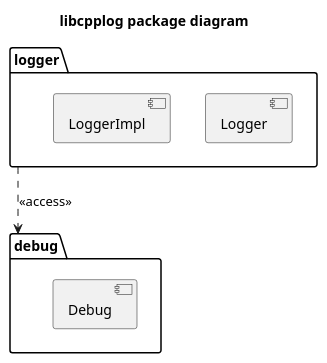
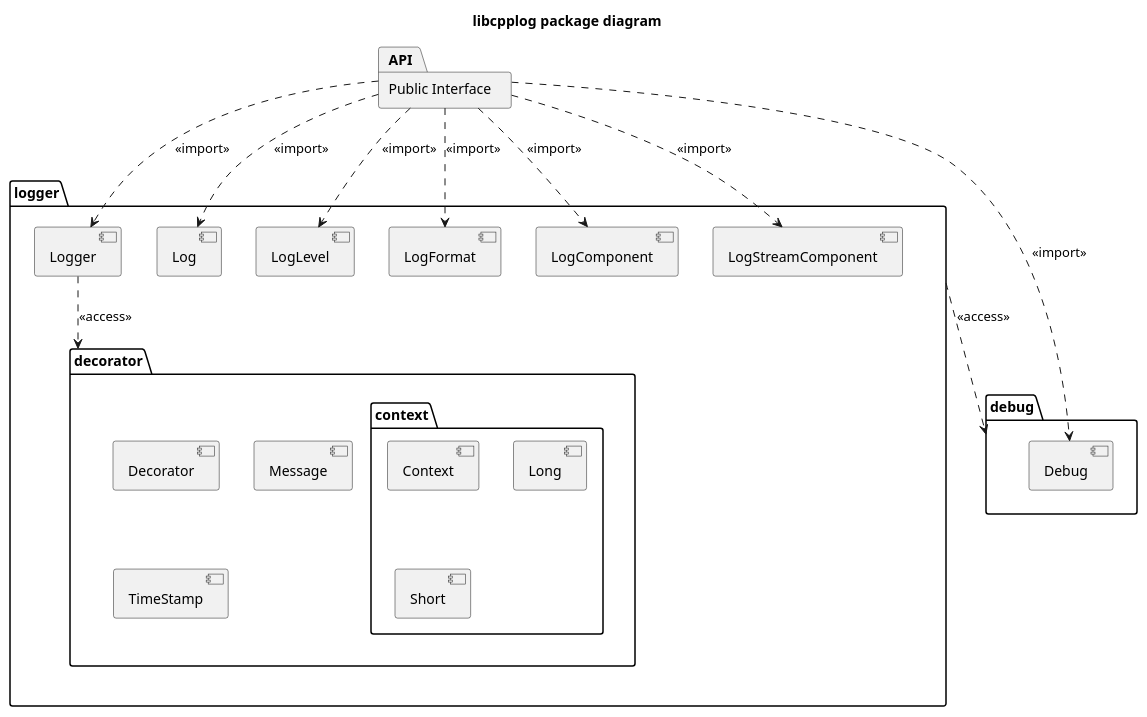
One commit to kfpgk/libcpplog changed the diagram in libcpplog/doc/package.puml. Above: the diagram before and after it, drawn with PlantUML. The commit also changed 5 other files, not shown here.

Commit message:
Add and update plantuml class and package diagrams

```diff
--- a/libcpplog/doc/package.puml
+++ b/libcpplog/doc/package.puml
@@ -1,16 +1,45 @@
 @startuml package-diagram
 
 title libcpplog package diagram
 
+package "Public Interface" as API
+
 package logger {
     [Logger]
-    [LoggerImpl]
+    [Log]
+    [LogLevel]
+    [LogFormat]
+    [LogComponent]
+    [LogStreamComponent]
+
+    package decorator {
+        [Decorator]
+        [Message]
+        [LogLevel]
+        [TimeStamp]
+
+        package context {
+            [Context]
+            [Long]
+            [Short]
+        }
+    }
 }
 
 package debug {
     [Debug]
 }
 
 logger ..> debug : <<access>>
 
+[Logger] ..> decorator : <<access>>
+
+API ..> Logger : <<import>>
+API ..> Log : <<import>>
+API ..> LogLevel : <<import>>
+API ..> LogFormat : <<import>>
+API ..> LogComponent : <<import>>
+API ..> LogStreamComponent : <<import>>
+API ..> Debug : <<import>>
+
 @enduml
```
